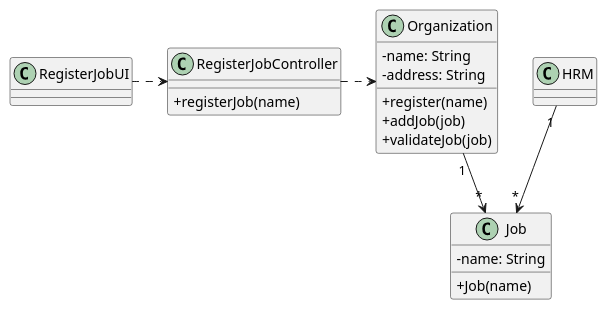
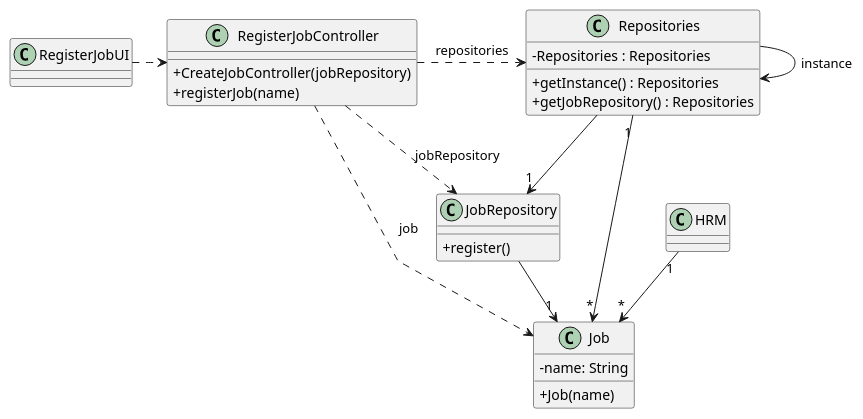
One commit to diogoveirospro/lei-24-s2-1dg-g072 changed the diagram in docs/sprintB/us002/03.design/puml/us002-class-diagram.puml. Above: the diagram before and after it, drawn with PlantUML. The commit also changed 1 other file, not shown here.

Commit message:
US2's Class Diagram

```diff
--- a/docs/sprintB/us002/03.design/puml/us002-class-diagram.puml
+++ b/docs/sprintB/us002/03.design/puml/us002-class-diagram.puml
@@ -1,43 +1,51 @@
 @startuml
 'skinparam monochrome true
 skinparam packageStyle rectangle
 skinparam shadowing false
 skinparam linetype polyline
 'skinparam linetype orto
 
 skinparam classAttributeIconSize 0
 
 'left to right direction
 
 class Job {
     - name: String
 
     + Job(name)
 }
 
 class HRM {
 }
 
-class Organization {
-    - name: String
-    - address: String
-
-    + register(name)
-    + addJob(job)
-    + validateJob(job)
-}
-
 class RegisterJobUI {
 
 }
 
 class RegisterJobController {
+    + CreateJobController(jobRepository)
     + registerJob(name)
 }
 
+class Repositories {
+    - Repositories : Repositories
+    + getInstance() : Repositories
+    + getJobRepository() : Repositories
+}
+
+class JobRepository {
+    + register()
+}
+
+
 HRM "1" --> "*" Job
-Organization "1" --> "*" Job
+Repositories "1" --> "*" Job
 RegisterJobUI .> RegisterJobController
-RegisterJobController .> Organization
+RegisterJobController .> Repositories : repositories
+Repositories --> Repositories : instance
+Repositories --> "1" JobRepository
+JobRepository --> "1" Job
+RegisterJobController .> JobRepository : jobRepository
+RegisterJobController .> Job : job
 
 @enduml
```
